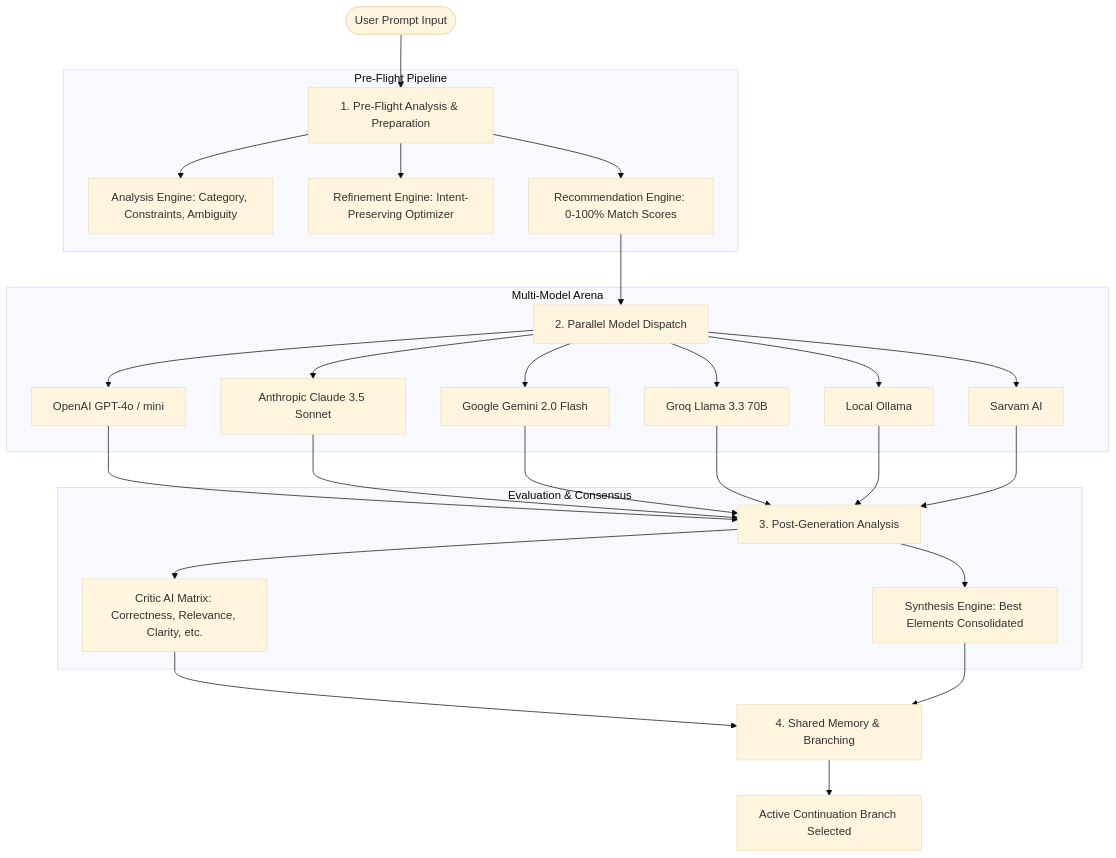
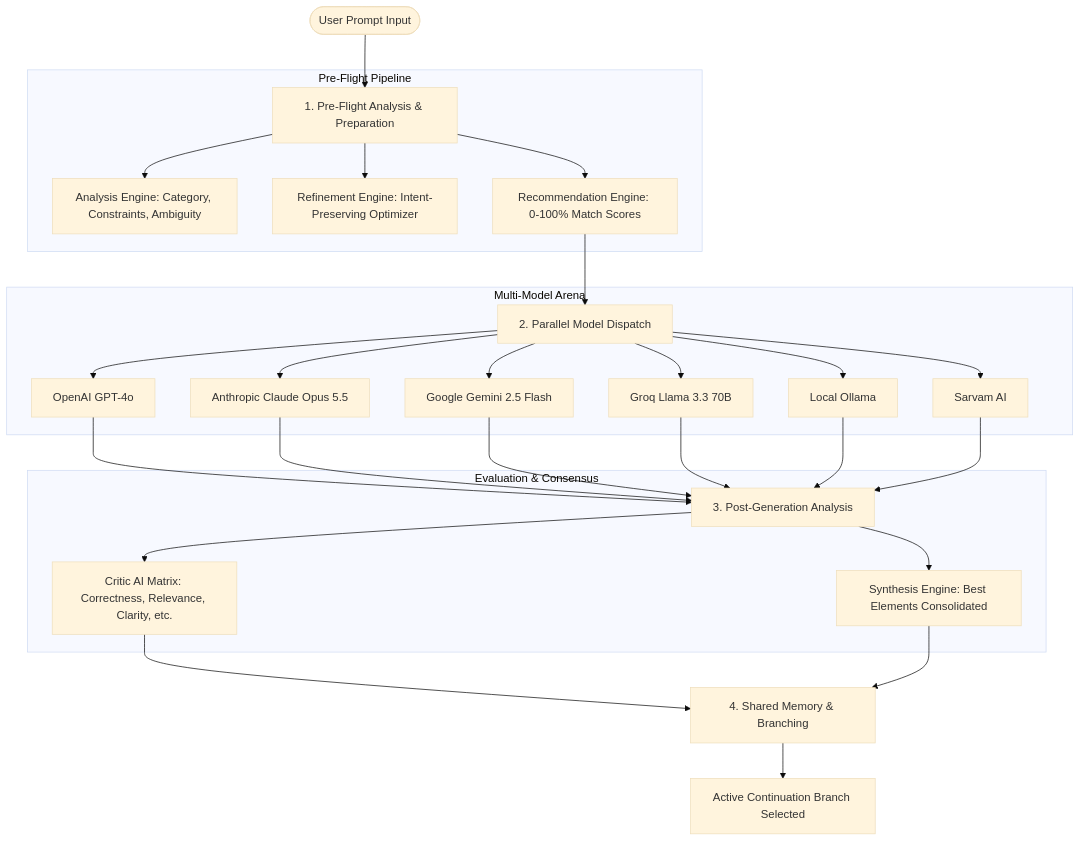
One commit to BhavanKumarGM/Major_Project- changed the diagram in BACKEND_DOCUMENTATION.md. Above: the diagram before and after it, drawn with Mermaid (base theme). The commit also changed 31 other files, not shown here.

````diff
--- a/BACKEND_DOCUMENTATION.md
+++ b/BACKEND_DOCUMENTATION.md
@@ -9,31 +9,31 @@
 ```mermaid
 graph TD
     User([User Prompt Input]) --> PreFlight[1. Pre-Flight Analysis & Preparation]
     
     subgraph Pre-Flight Pipeline
         PreFlight --> Analysis[Analysis Engine: Category, Constraints, Ambiguity]
         PreFlight --> Refinement[Refinement Engine: Intent-Preserving Optimizer]
         PreFlight --> Rec[Recommendation Engine: 0-100% Match Scores]
     end
 
     Rec --> Dispatch[2. Parallel Model Dispatch]
 
     subgraph Multi-Model Arena
-        Dispatch --> OpenAI[OpenAI GPT-4o / mini]
-        Dispatch --> Anthropic[Anthropic Claude 3.5 Sonnet]
-        Dispatch --> Gemini[Google Gemini 2.0 Flash]
+        Dispatch --> OpenAI[OpenAI GPT-4o]
+        Dispatch --> Anthropic[Anthropic Claude Opus 5.5]
+        Dispatch --> Gemini[Google Gemini 2.5 Flash]
         Dispatch --> Groq[Groq Llama 3.3 70B]
         Dispatch --> Ollama[Local Ollama]
         Dispatch --> Sarvam[Sarvam AI]
     end
 
     OpenAI & Anthropic & Gemini & Groq & Ollama & Sarvam --> PostGen[3. Post-Generation Analysis]
 
     subgraph Evaluation & Consensus
         PostGen --> Critic[Critic AI Matrix: Correctness, Relevance, Clarity, etc.]
         PostGen --> Synthesis[Synthesis Engine: Best Elements Consolidated]
     end
 
     Critic & Synthesis --> Memory[4. Shared Memory & Branching]
     Memory --> UserBranch[Active Continuation Branch Selected]
 ```
````
